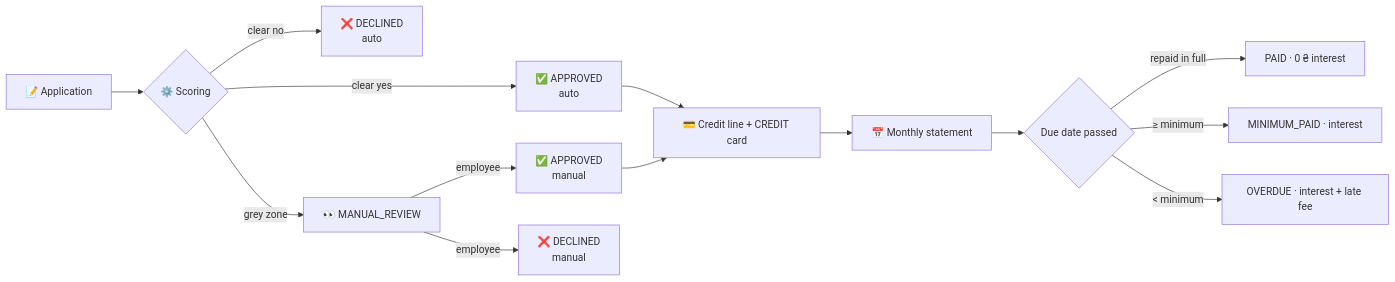
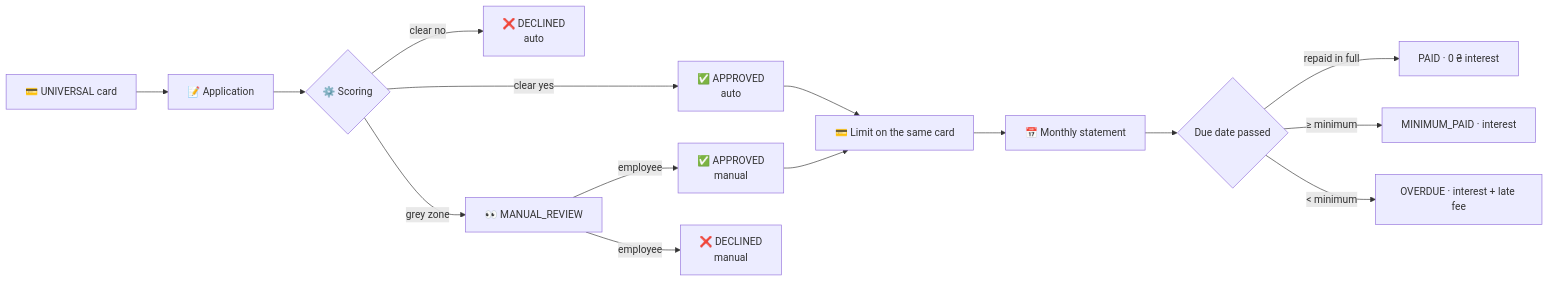
One commit to VitaliyProgrammer/digital-banking-application changed the first of 2 diagrams in docs/credit.md. Above: the diagram before and after it, drawn with Mermaid. The commit also changed other lines of this file and 29 other files, not shown here.

First line of the commit message:
Branch/43 credit limit on card (#43)

````diff
--- a/docs/credit.md
+++ b/docs/credit.md
@@ -15,16 +15,17 @@
 ```mermaid
 flowchart LR
-    A[📝 Application] --> S{⚙️ Scoring}
+    C[💳 UNIVERSAL card] --> A[📝 Application]
+    A --> S{⚙️ Scoring}
     S -- clear yes --> OK[✅ APPROVED<br/>auto]
     S -- clear no --> NO[❌ DECLINED<br/>auto]
     S -- grey zone --> Q[👀 MANUAL_REVIEW]
     Q -- employee --> OK2[✅ APPROVED<br/>manual]
     Q -- employee --> NO2[❌ DECLINED<br/>manual]
-    OK --> L[💳 Credit line + CREDIT card]
+    OK --> L[💳 Limit on the same card]
     OK2 --> L
     L --> M[📅 Monthly statement]
     M --> D{Due date passed}
     D -- repaid in full --> P[PAID · 0 ₴ interest]
     D -- ≥ minimum --> MP[MINIMUM_PAID · interest]
     D -- < minimum --> OD[OVERDUE · interest + late fee]
 ```
````
